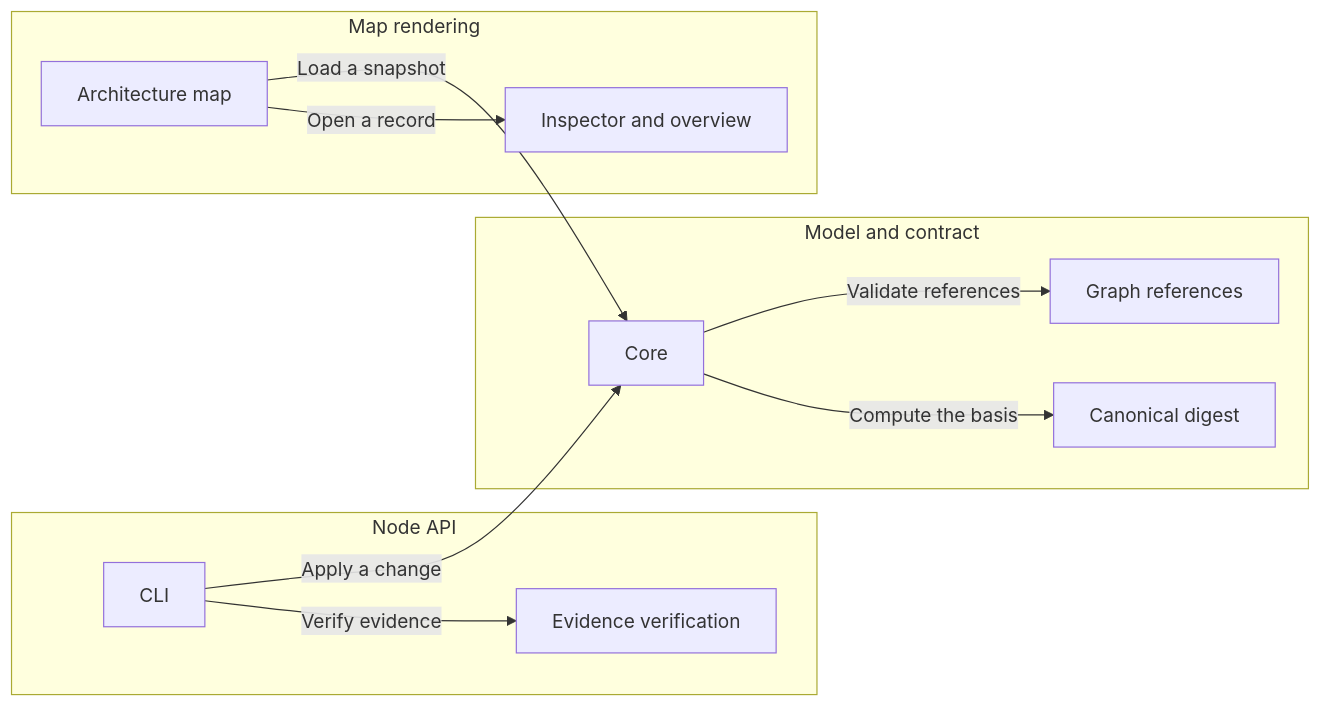
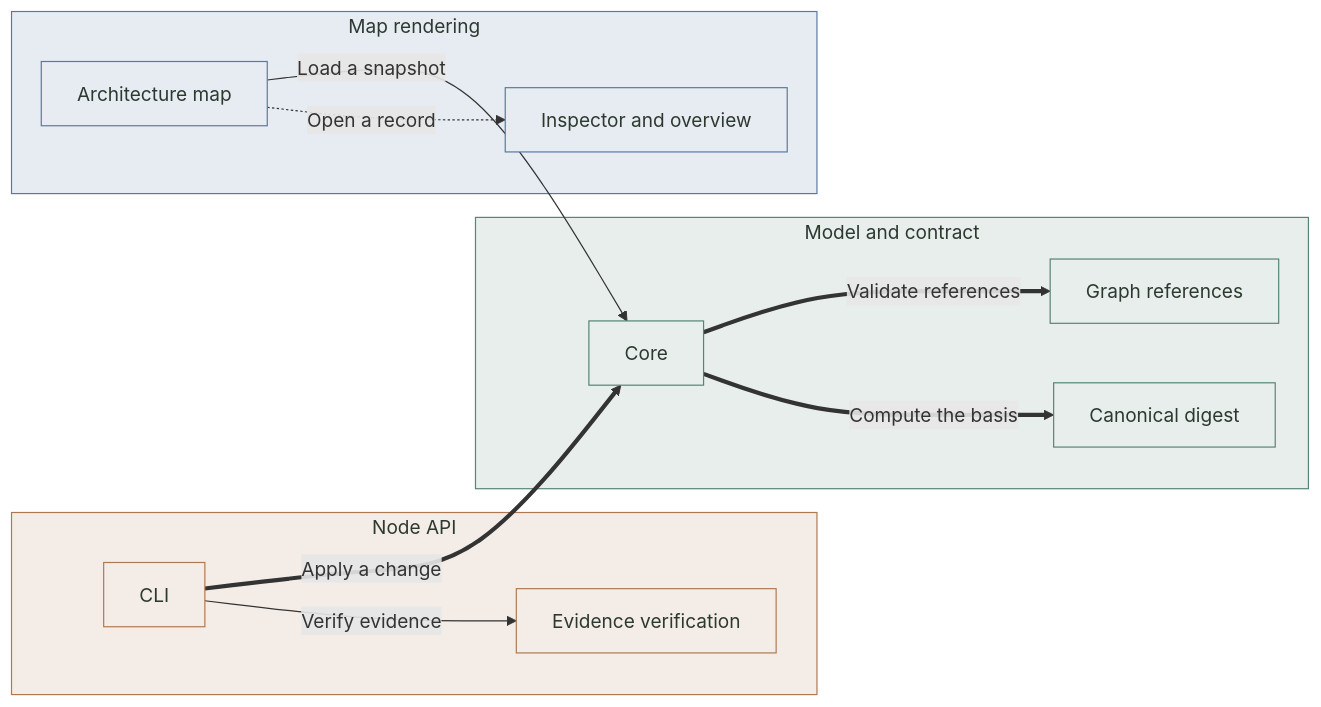
The diagram in README.md (umnick02/archivarius), drawn with Mermaid before and after one commit. The commit also changed other lines of this file and 23 other files, not shown here.

````diff
--- a/README.md
+++ b/README.md
@@ -25,22 +11,28 @@
 ```mermaid
 flowchart LR
     subgraph c-model["Model and contract"]
-        c-core["Core"]
-        c-graph["Graph references"]
-        c-digest["Canonical digest"]
+        c-core["Core"]:::pure
+        c-graph["Graph references"]:::pure
+        c-digest["Canonical digest"]:::pure
     end
     subgraph c-node-api["Node API"]
-        c-cli["CLI"]
-        c-evidence["Evidence verification"]
+        c-cli["CLI"]:::infrastructure
+        c-evidence["Evidence verification"]:::infrastructure
     end
     subgraph c-render["Map rendering"]
-        c-map["Architecture map"]
-        c-inspector["Inspector and overview"]
+        c-map["Architecture map"]:::presentation
+        c-inspector["Inspector and overview"]:::presentation
     end
     c-map -->|"Load a snapshot"| c-core
-    c-core -->|"Validate references"| c-graph
-    c-core -->|"Compute the basis"| c-digest
-    c-map -->|"Open a record"| c-inspector
-    c-cli -->|"Apply a change"| c-core
+    c-core ==>|"Validate references"| c-graph
+    c-core ==>|"Compute the basis"| c-digest
+    c-map -.->|"Open a record"| c-inspector
+    c-cli ==>|"Apply a change"| c-core
     c-cli -->|"Verify evidence"| c-evidence
+    style c-model fill:#e7eeec,stroke:#558574,color:#2c392f
+    style c-node-api fill:#f4ece7,stroke:#b07852,color:#2c392f
+    style c-render fill:#e7ecf3,stroke:#5779a6,color:#2c392f
+    classDef pure fill:#e7eeec,stroke:#558574,color:#2c392f
+    classDef infrastructure fill:#f4ece7,stroke:#b07852,color:#2c392f
+    classDef presentation fill:#e7ecf3,stroke:#5779a6,color:#2c392f
 ```
````
